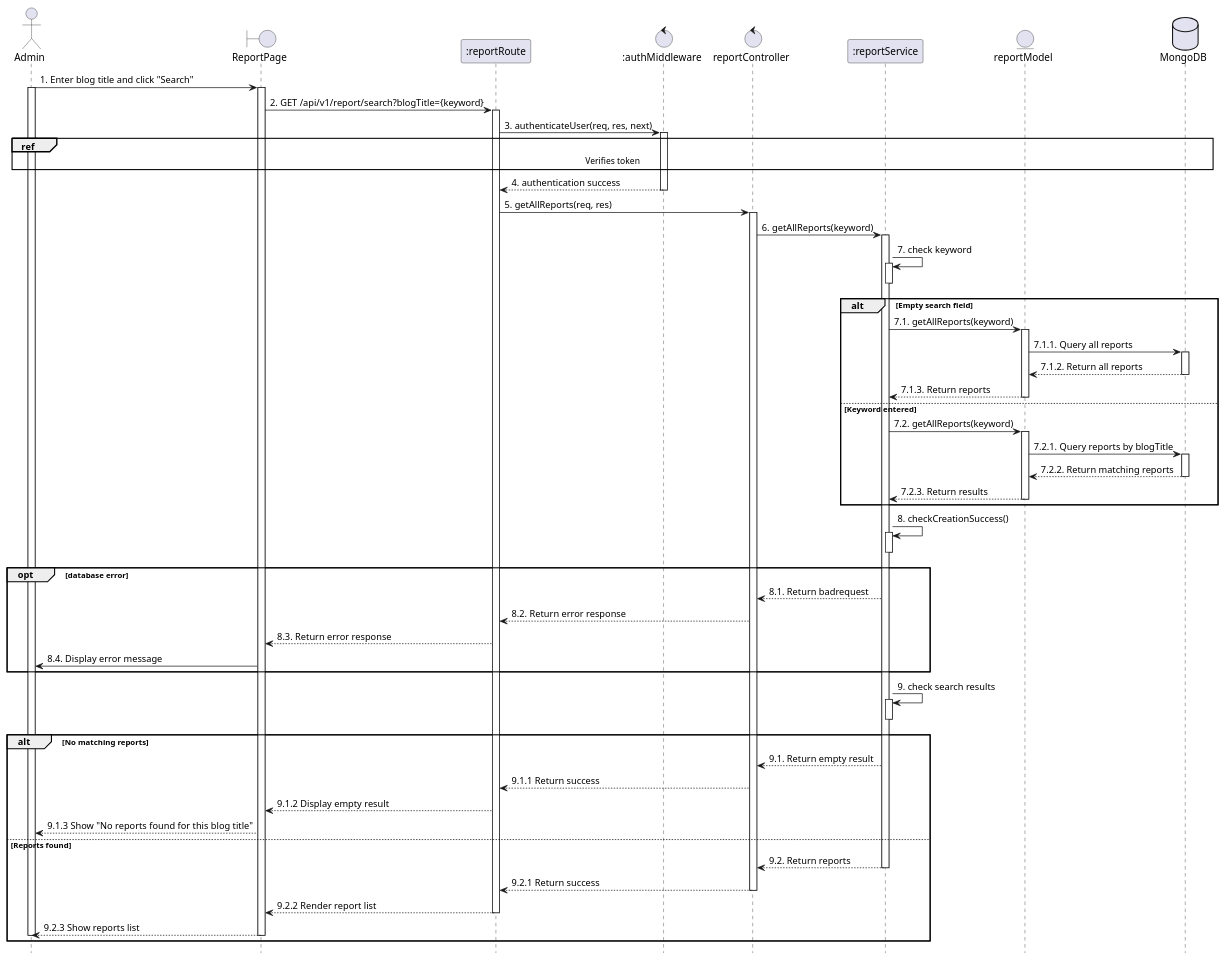
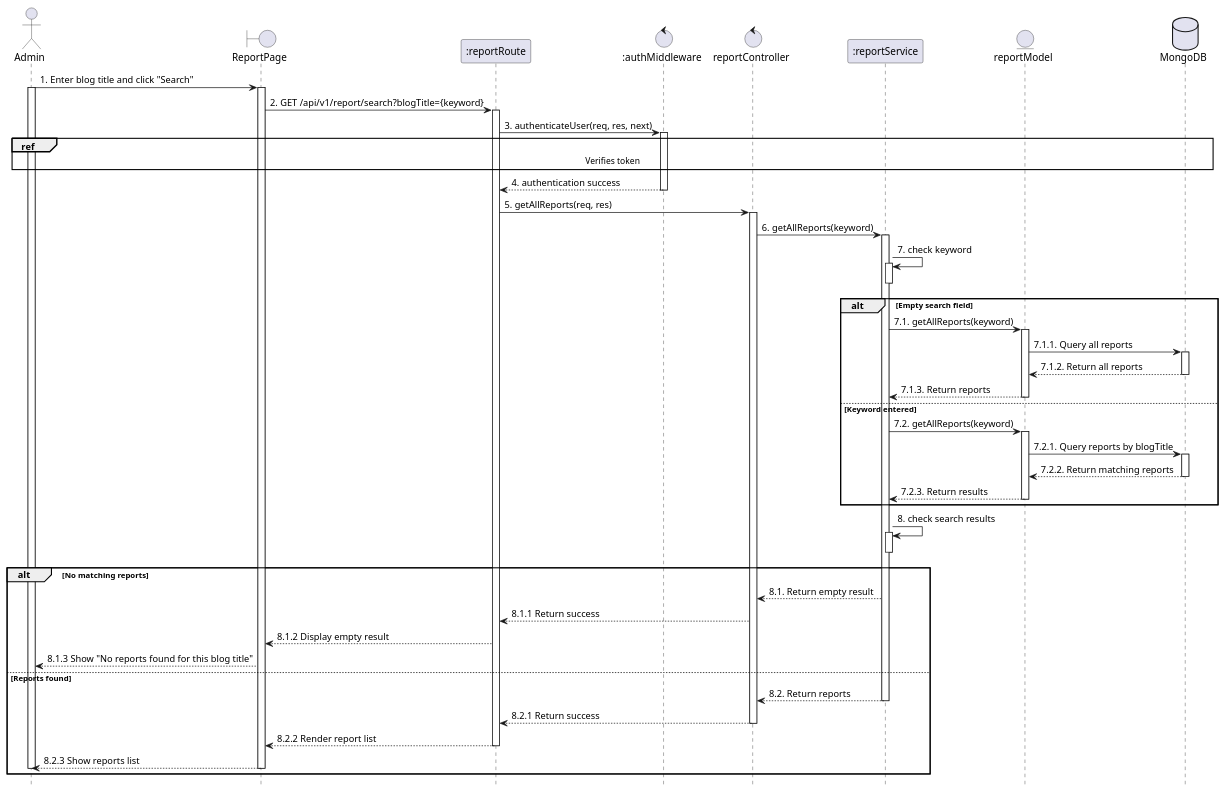
Before and after one commit to VietDurian/VietDurian: the diagram in planuml/web/19.5_searchReport.puml, drawn with PlantUML. The commit also changed 14 other files, not shown here.

```diff
--- a/planuml/web/19.5_searchReport.puml
+++ b/planuml/web/19.5_searchReport.puml
@@ -1,88 +1,77 @@
 @startuml SearchReportByDish
 
 actor Admin
 boundary "ReportPage" as View 
 participant ":reportRoute" as Route 
 control ":authMiddleware" as Auth 
 control "reportController" as Controller 
 participant ":reportService" as Service 
 entity "reportModel" as Model 
 database "MongoDB" as MongoDB
 hide footbox
 
 Admin -> View: 1. Enter blog title and click "Search"
 activate Admin
 activate View
 
 View -> Route: 2. GET /api/v1/report/search?blogTitle={keyword}
 activate Route
 
 Route -> Auth: 3. authenticateUser(req, res, next)
 activate Auth
 ref over Admin, MongoDB : Verifies token
 
 Auth --> Route: 4. authentication success
 deactivate Auth
 
 Route -> Controller: 5. getAllReports(req, res)
 activate Controller
 
 Controller -> Service: 6. getAllReports(keyword)
 activate Service
 
 Service -> Service: 7. check keyword
 activate Service
 deactivate Service
 
 alt Empty search field
     Service -> Model: 7.1. getAllReports(keyword)
     activate Model
     Model -> MongoDB: 7.1.1. Query all reports
     activate MongoDB
     MongoDB --> Model: 7.1.2. Return all reports
     deactivate MongoDB
     Model --> Service: 7.1.3. Return reports
     deactivate Model
 else Keyword entered
     Service -> Model: 7.2. getAllReports(keyword)
     activate Model
     Model -> MongoDB: 7.2.1. Query reports by blogTitle
     activate MongoDB
     MongoDB --> Model: 7.2.2. Return matching reports
     deactivate MongoDB
     Model --> Service: 7.2.3. Return results
     deactivate Model
 end
 
-Service -> Service: 8. checkCreationSuccess()
-activate Service
-deactivate Service
-
-opt database error
-    Service --> Controller: 8.1. Return badrequest
-    Controller --> Route: 8.2. Return error response
-    Route --> View: 8.3. Return error response
-    View -> Admin: 8.4. Display error message
-end
-
-Service -> Service: 9. check search results
+Service -> Service: 8. check search results
 activate Service
 deactivate Service
 
 alt No matching reports
-    Service --> Controller: 9.1. Return empty result
-    Controller --> Route: 9.1.1 Return success
-    Route --> View: 9.1.2 Display empty result 
-    View --> Admin: 9.1.3 Show "No reports found for this blog title"
+    Service --> Controller: 8.1. Return empty result
+    Controller --> Route: 8.1.1 Return success
+    Route --> View: 8.1.2 Display empty result 
+    View --> Admin: 8.1.3 Show "No reports found for this blog title"
 else Reports found
-    Service --> Controller: 9.2. Return reports
+    Service --> Controller: 8.2. Return reports
     deactivate Service
-    Controller --> Route: 9.2.1 Return success 
+    Controller --> Route: 8.2.1 Return success 
     deactivate Controller
-    Route --> View: 9.2.2 Render report list
+    Route --> View: 8.2.2 Render report list
     deactivate Route
-    View --> Admin: 9.2.3 Show reports list
+    View --> Admin: 8.2.3 Show reports list
     deactivate View
     deactivate Admin
 end
 @enduml
```
